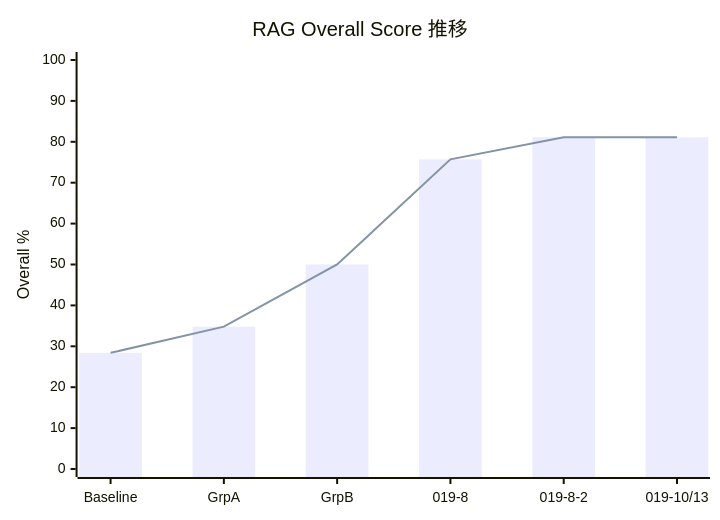
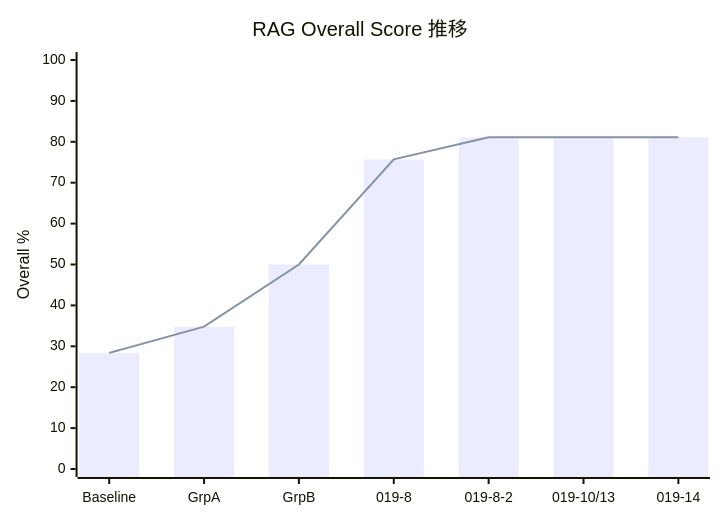
One commit to ishimori/poc_rag_gcp_public changed the first of 2 diagrams in doc/record/rag_improvement_history.md. Above: the diagram before and after it, drawn with Mermaid. The commit also changed other lines of this file and 3 other files, not shown here.

````diff
--- a/doc/record/rag_improvement_history.md
+++ b/doc/record/rag_improvement_history.md
@@ -23,8 +23,8 @@
 ```mermaid
 xychart-beta
     title "RAG Overall Score 推移"
-    x-axis ["Baseline", "GrpA", "GrpB", "019-8", "019-8-2", "019-10/13"]
+    x-axis ["Baseline", "GrpA", "GrpB", "019-8", "019-8-2", "019-10/13", "019-14"]
     y-axis "Overall %" 0 --> 100
-    bar [28.4, 34.8, 50.0, 75.7, 81.1, 81.1]
-    line [28.4, 34.8, 50.0, 75.7, 81.1, 81.1]
+    bar [28.4, 34.8, 50.0, 75.7, 81.1, 81.1, 81.1]
+    line [28.4, 34.8, 50.0, 75.7, 81.1, 81.1, 81.1]
 ```
````
